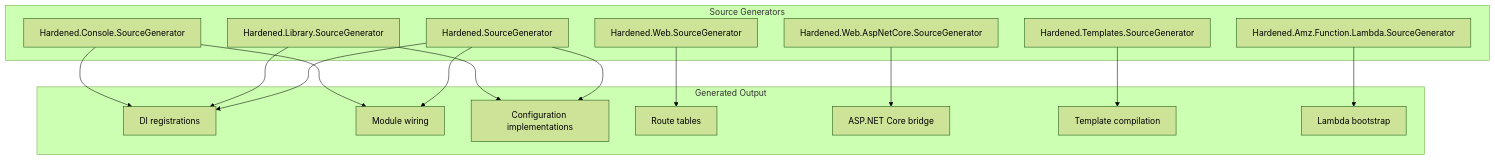
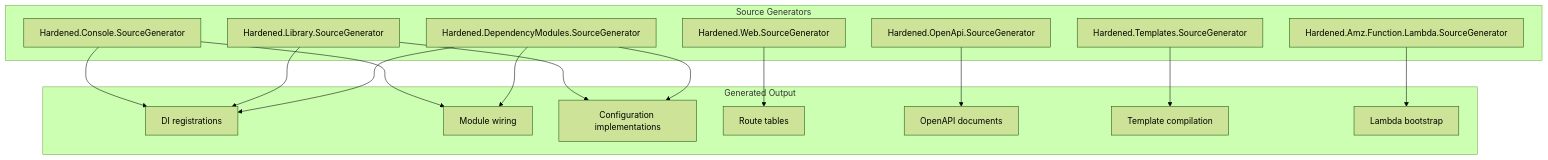
Before and after one commit to ipjohnson/Hardened.Docs: the third of 4 diagrams in docs/architecture/overview.md, drawn with Mermaid (forest theme). The commit also changed other lines of this file and 7 other files, not shown here.

````diff
--- a/docs/architecture/overview.md
+++ b/docs/architecture/overview.md
@@ -157,34 +157,34 @@
 ```mermaid
 graph TD
     subgraph "Source Generators"
-        SG1[Hardened.SourceGenerator]
+        SG1[Hardened.DependencyModules.SourceGenerator]
         SG2[Hardened.Library.SourceGenerator]
         SG3[Hardened.Console.SourceGenerator]
         SG4[Hardened.Web.SourceGenerator]
-        SG5[Hardened.Web.AspNetCore.SourceGenerator]
+        SG5[Hardened.OpenApi.SourceGenerator]
         SG6[Hardened.Templates.SourceGenerator]
         SG7[Hardened.Amz.Function.Lambda.SourceGenerator]
     end
 
     subgraph "Generated Output"
         O1[DI registrations]
         O2[Module wiring]
         O3[Configuration implementations]
         O4[Route tables]
-        O5[ASP.NET Core bridge]
+        O5[OpenAPI documents]
         O6[Template compilation]
         O7[Lambda bootstrap]
     end
 
     SG1 --> O1
     SG1 --> O2
     SG1 --> O3
     SG2 --> O1
     SG2 --> O3
     SG3 --> O1
     SG3 --> O2
     SG4 --> O4
     SG5 --> O5
     SG6 --> O6
     SG7 --> O7
 ```
````
